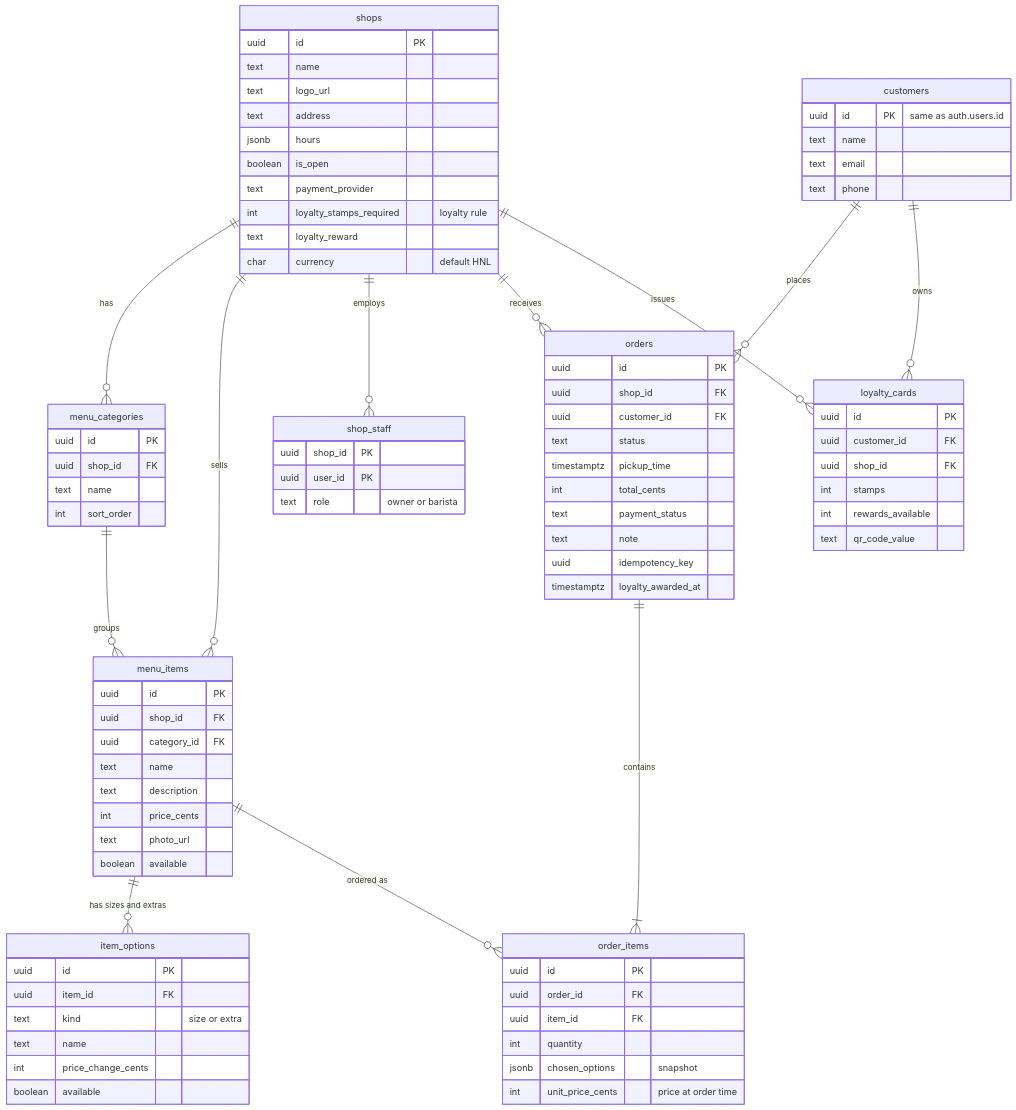
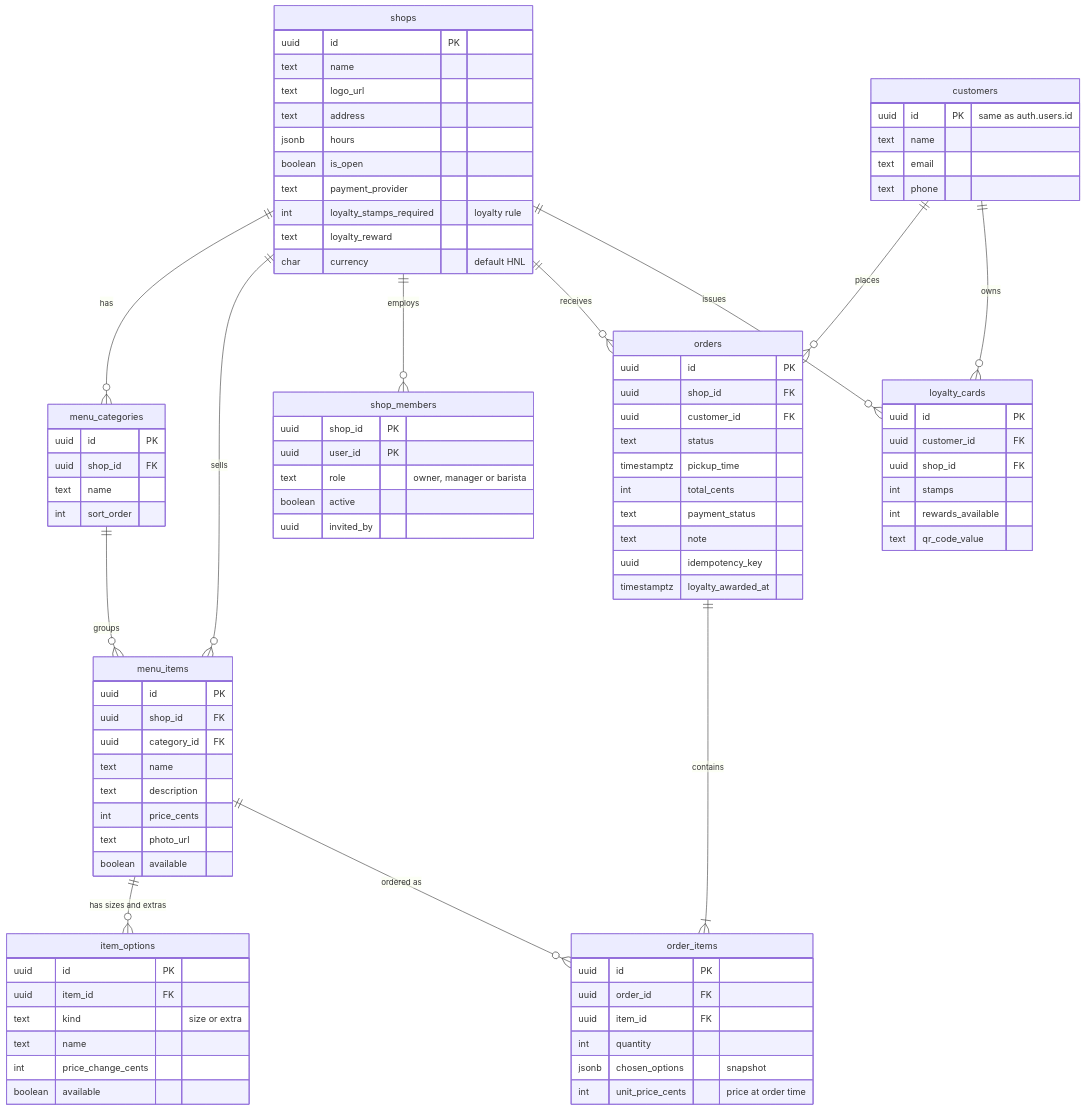
Before and after one commit to DiegoAlfaro1/MiBarra: the first of 3 diagrams in docs/data-model.md, drawn with Mermaid. The commit also changed other lines of this file and 15 other files, not shown here.

First line of the commit message:
Add role-based access control with RLS, audit log and staff invitations

```diff
--- a/docs/data-model.md
+++ b/docs/data-model.md
@@ -18,7 +18,7 @@
     shops ||--o{ menu_items : sells
     menu_categories ||--o{ menu_items : groups
     menu_items ||--o{ item_options : "has sizes and extras"
-    shops ||--o{ shop_staff : employs
+    shops ||--o{ shop_members : employs
     customers ||--o{ orders : places
     shops ||--o{ orders : receives
     orders ||--|{ order_items : contains
@@ -68,10 +68,12 @@
         text email
         text phone
     }
-    shop_staff {
+    shop_members {
         uuid shop_id PK
         uuid user_id PK
-        text role "owner or barista"
+        text role "owner, manager or barista"
+        boolean active
+        uuid invited_by
     }
     orders {
         uuid id PK
```
